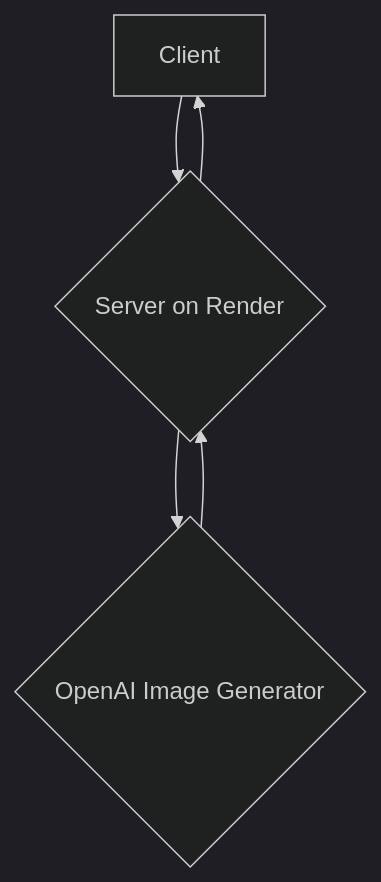
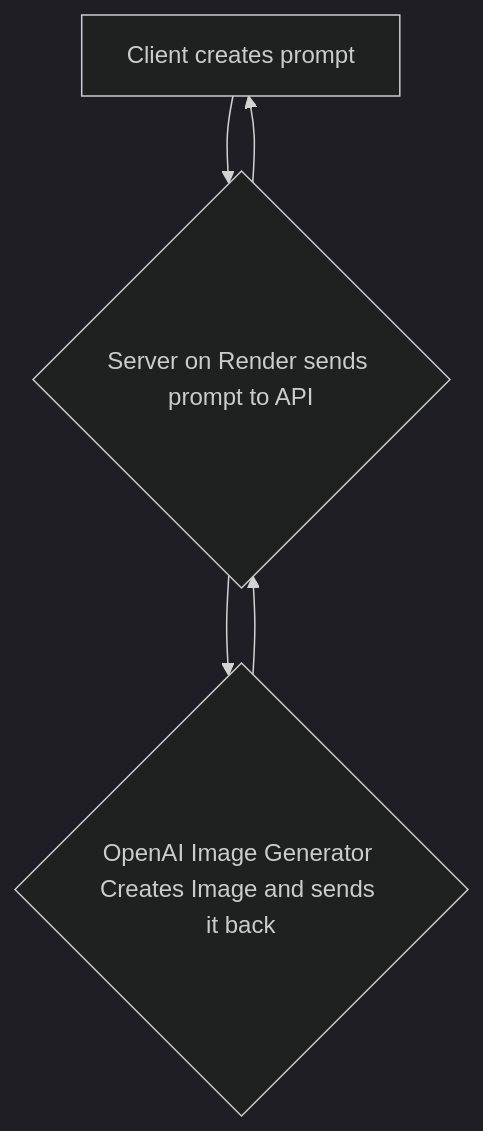
One commit to Full-Stack-Fluency/OpenImg-FrontEnd changed the first of 3 diagrams in README.md. Above: the diagram before and after it, drawn with Mermaid (dark theme).

````diff
--- a/README.md
+++ b/README.md
@@ -5,7 +5,7 @@
 ```mermaid
 flowchart TD
-    A[Client] --> B{Server on Render};
-    B --> C{OpenAI Image Generator};
+    A[Client creates prompt] --> B{Server on Render sends prompt to API};
+    B --> C{OpenAI Image Generator Creates Image and sends it back};
     C --> B;
     B --> A;
 ```
````
